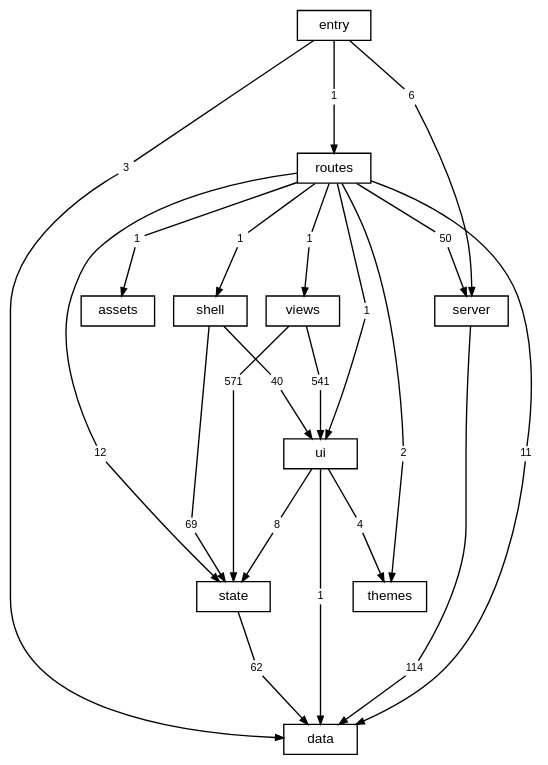
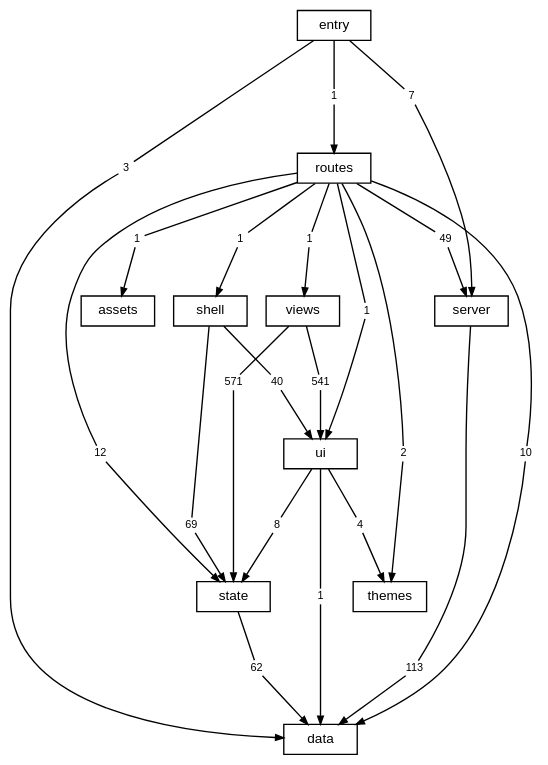
One commit to TheAxeC/oculus changed the diagram in docs/diagrams/layers.dot. Above: the diagram before and after it, drawn with Graphviz. The commit also changed 129 other files, not shown here.

```diff
--- a/docs/diagrams/layers.dot
+++ b/docs/diagrams/layers.dot
@@ -1,75 +1,75 @@
 digraph layers {
     graph [bgcolor="transparent", rankdir=TB, newrank=true, fontname="Helvetica,Arial,sans-serif", fontsize=12, nodesep=0.2, ranksep=0.5];
     node [shape=box, color="black", fontcolor="black", fontname="Helvetica,Arial,sans-serif", fontsize=10, height=0.3, margin="0.12,0.04"];
     edge [color="black", fontcolor="black", fontname="Helvetica,Arial,sans-serif", fontsize=8, arrowsize=0.6];
     "data";
     "server";
     "state";
     "ui";
     "shell";
     "views";
     "themes";
     "routes";
     "src" [label="entry"];
     "files: assets" [label="assets"];
-    "routes to data" [label="11", shape=box, color="transparent", fontsize=8, width=0, height=0, margin="0.04,0.02"];
+    "routes to data" [label="10", shape=box, color="transparent", fontsize=8, width=0, height=0, margin="0.04,0.02"];
     "routes" -> "routes to data" [arrowhead=none];
     "routes to data" -> "data" [];
     "routes to files: assets" [label="1", shape=box, color="transparent", fontsize=8, width=0, height=0, margin="0.04,0.02"];
     "routes" -> "routes to files: assets" [arrowhead=none];
     "routes to files: assets" -> "files: assets" [];
-    "routes to server" [label="50", shape=box, color="transparent", fontsize=8, width=0, height=0, margin="0.04,0.02"];
+    "routes to server" [label="49", shape=box, color="transparent", fontsize=8, width=0, height=0, margin="0.04,0.02"];
     "routes" -> "routes to server" [arrowhead=none];
     "routes to server" -> "server" [];
     "routes to shell" [label="1", shape=box, color="transparent", fontsize=8, width=0, height=0, margin="0.04,0.02"];
     "routes" -> "routes to shell" [arrowhead=none];
     "routes to shell" -> "shell" [];
     "routes to state" [label="12", shape=box, color="transparent", fontsize=8, width=0, height=0, margin="0.04,0.02"];
     "routes" -> "routes to state" [arrowhead=none];
     "routes to state" -> "state" [];
     "routes to themes" [label="2", shape=box, color="transparent", fontsize=8, width=0, height=0, margin="0.04,0.02"];
     "routes" -> "routes to themes" [arrowhead=none];
     "routes to themes" -> "themes" [];
     "routes to ui" [label="1", shape=box, color="transparent", fontsize=8, width=0, height=0, margin="0.04,0.02"];
     "routes" -> "routes to ui" [arrowhead=none];
     "routes to ui" -> "ui" [];
     "routes to views" [label="1", shape=box, color="transparent", fontsize=8, width=0, height=0, margin="0.04,0.02"];
     "routes" -> "routes to views" [arrowhead=none];
     "routes to views" -> "views" [];
-    "server to data" [label="114", shape=box, color="transparent", fontsize=8, width=0, height=0, margin="0.04,0.02"];
+    "server to data" [label="113", shape=box, color="transparent", fontsize=8, width=0, height=0, margin="0.04,0.02"];
     "server" -> "server to data" [arrowhead=none];
     "server to data" -> "data" [];
     "shell to state" [label="69", shape=box, color="transparent", fontsize=8, width=0, height=0, margin="0.04,0.02"];
     "shell" -> "shell to state" [arrowhead=none];
     "shell to state" -> "state" [];
     "shell to ui" [label="40", shape=box, color="transparent", fontsize=8, width=0, height=0, margin="0.04,0.02"];
     "shell" -> "shell to ui" [arrowhead=none];
     "shell to ui" -> "ui" [];
     "src to data" [label="3", shape=box, color="transparent", fontsize=8, width=0, height=0, margin="0.04,0.02"];
     "src" -> "src to data" [arrowhead=none];
     "src to data" -> "data" [];
     "src to routes" [label="1", shape=box, color="transparent", fontsize=8, width=0, height=0, margin="0.04,0.02"];
     "src" -> "src to routes" [arrowhead=none];
     "src to routes" -> "routes" [];
-    "src to server" [label="6", shape=box, color="transparent", fontsize=8, width=0, height=0, margin="0.04,0.02"];
+    "src to server" [label="7", shape=box, color="transparent", fontsize=8, width=0, height=0, margin="0.04,0.02"];
     "src" -> "src to server" [arrowhead=none];
     "src to server" -> "server" [];
     "state to data" [label="62", shape=box, color="transparent", fontsize=8, width=0, height=0, margin="0.04,0.02"];
     "state" -> "state to data" [arrowhead=none];
     "state to data" -> "data" [];
     "ui to data" [label="1", shape=box, color="transparent", fontsize=8, width=0, height=0, margin="0.04,0.02"];
     "ui" -> "ui to data" [arrowhead=none];
     "ui to data" -> "data" [];
     "ui to state" [label="8", shape=box, color="transparent", fontsize=8, width=0, height=0, margin="0.04,0.02"];
     "ui" -> "ui to state" [arrowhead=none];
     "ui to state" -> "state" [];
     "ui to themes" [label="4", shape=box, color="transparent", fontsize=8, width=0, height=0, margin="0.04,0.02"];
     "ui" -> "ui to themes" [arrowhead=none];
     "ui to themes" -> "themes" [];
     "views to state" [label="571", shape=box, color="transparent", fontsize=8, width=0, height=0, margin="0.04,0.02"];
     "views" -> "views to state" [arrowhead=none];
     "views to state" -> "state" [];
     "views to ui" [label="541", shape=box, color="transparent", fontsize=8, width=0, height=0, margin="0.04,0.02"];
     "views" -> "views to ui" [arrowhead=none];
     "views to ui" -> "ui" [];
 }
```
